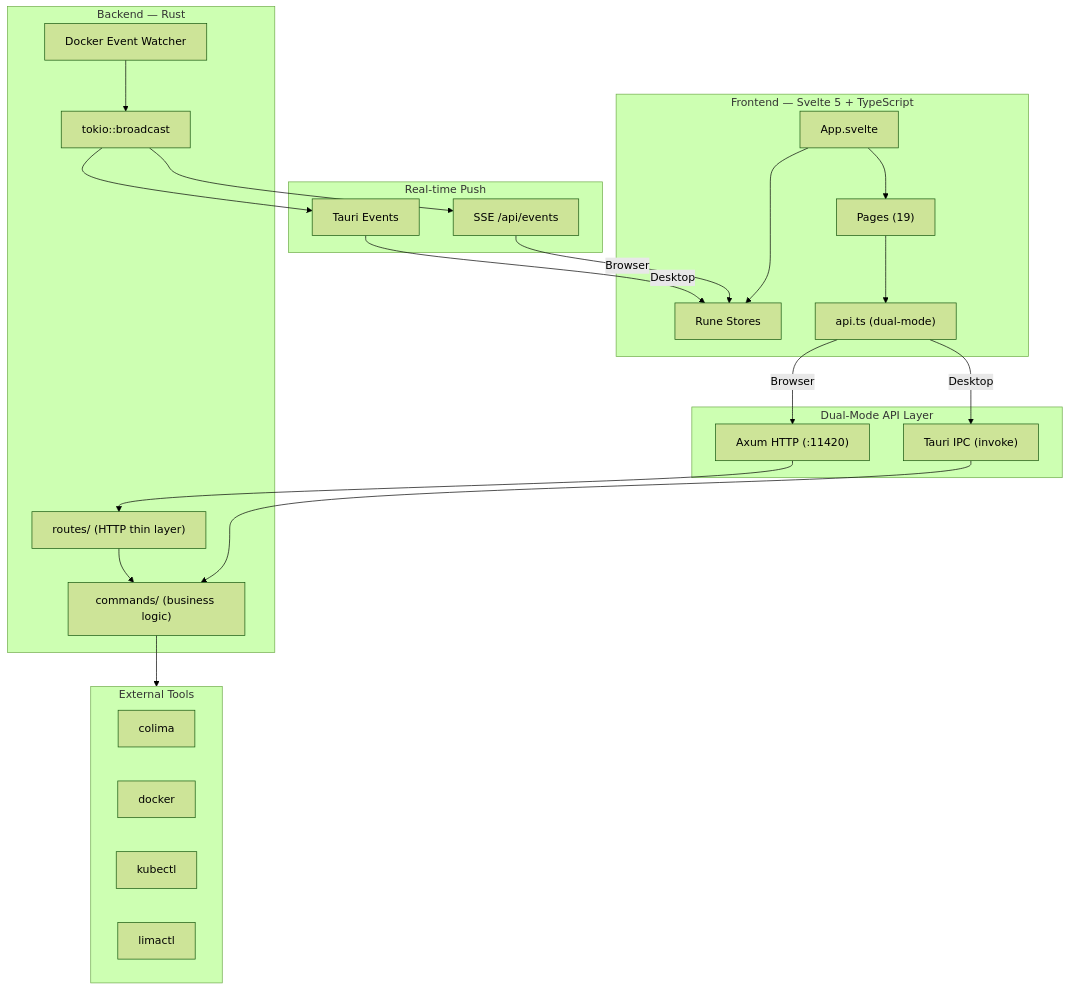
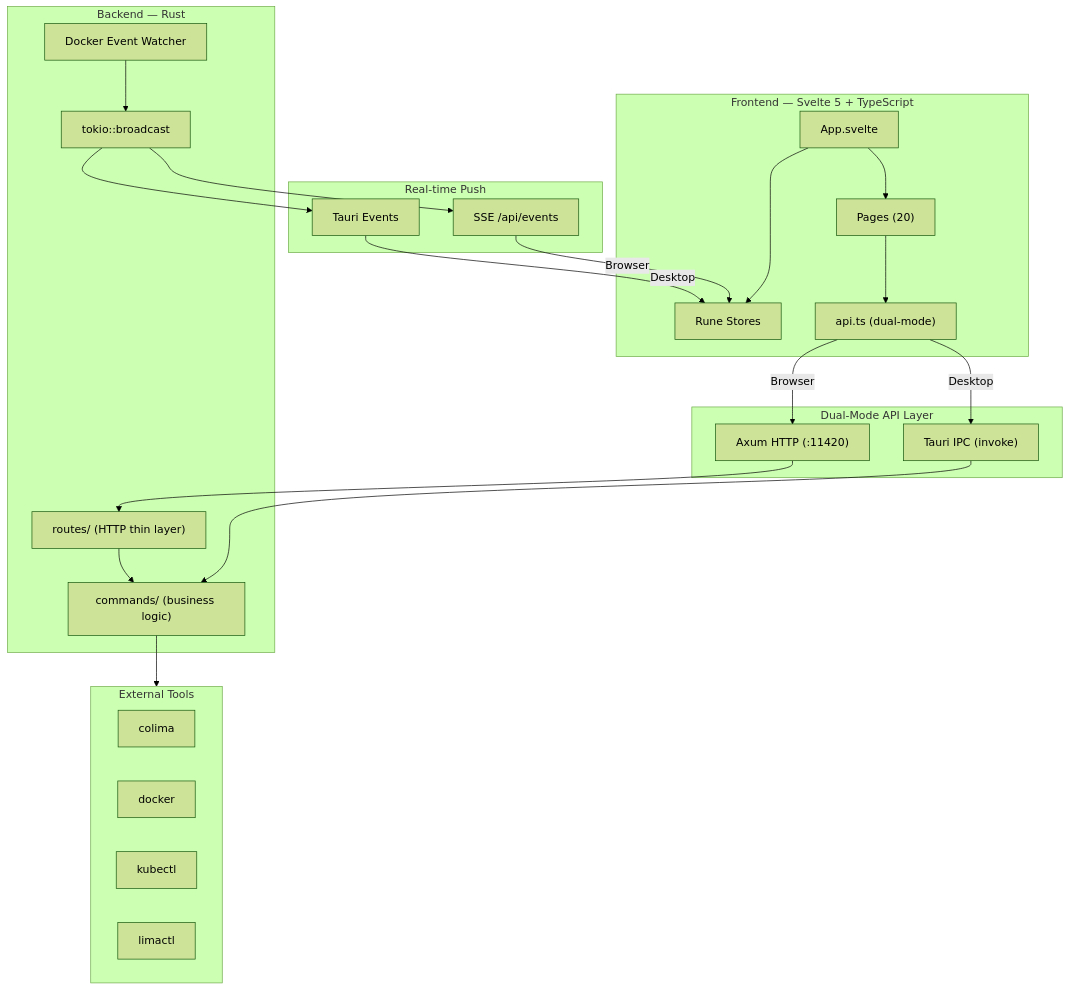
The diagram in docs/architecture.md (vnknowledge2014/colima-ui), drawn with Mermaid (forest theme) before and after one commit. The commit also changed 8 other files, not shown here.

````diff
--- a/docs/architecture.md
+++ b/docs/architecture.md
@@ -7,50 +7,50 @@
 ```mermaid
 graph TD
     subgraph Frontend["Frontend — Svelte 5 + TypeScript"]
         APP["App.svelte"]
-        PAGES["Pages (19)"]
+        PAGES["Pages (20)"]
         STORE["Rune Stores"]
         API["api.ts (dual-mode)"]
     end
 
     APP --> PAGES --> API
     APP --> STORE
 
     subgraph Dual["Dual-Mode API Layer"]
         TAURI_IPC["Tauri IPC (invoke)"]
         HTTP["Axum HTTP (:11420)"]
     end
 
     API -->|"Desktop"| TAURI_IPC
     API -->|"Browser"| HTTP
 
     subgraph Events["Real-time Push"]
         TAURI_EVT["Tauri Events"]
         SSE["SSE /api/events"]
     end
 
     TAURI_EVT -->|"Desktop"| STORE
     SSE -->|"Browser"| STORE
 
     subgraph Backend["Backend — Rust"]
         CMD["commands/ (business logic)"]
         ROUTES["routes/ (HTTP thin layer)"]
         BROADCAST["tokio::broadcast"]
         WATCHER["Docker Event Watcher"]
     end
 
     TAURI_IPC --> CMD
     HTTP --> ROUTES --> CMD
     WATCHER --> BROADCAST
     BROADCAST --> SSE
     BROADCAST --> TAURI_EVT
 
     subgraph CLI["External Tools"]
         COLIMA["colima"]
         DOCKER["docker"]
         KUBECTL["kubectl"]
         LIMACTL["limactl"]
     end
 
     CMD --> CLI
 ```
````
